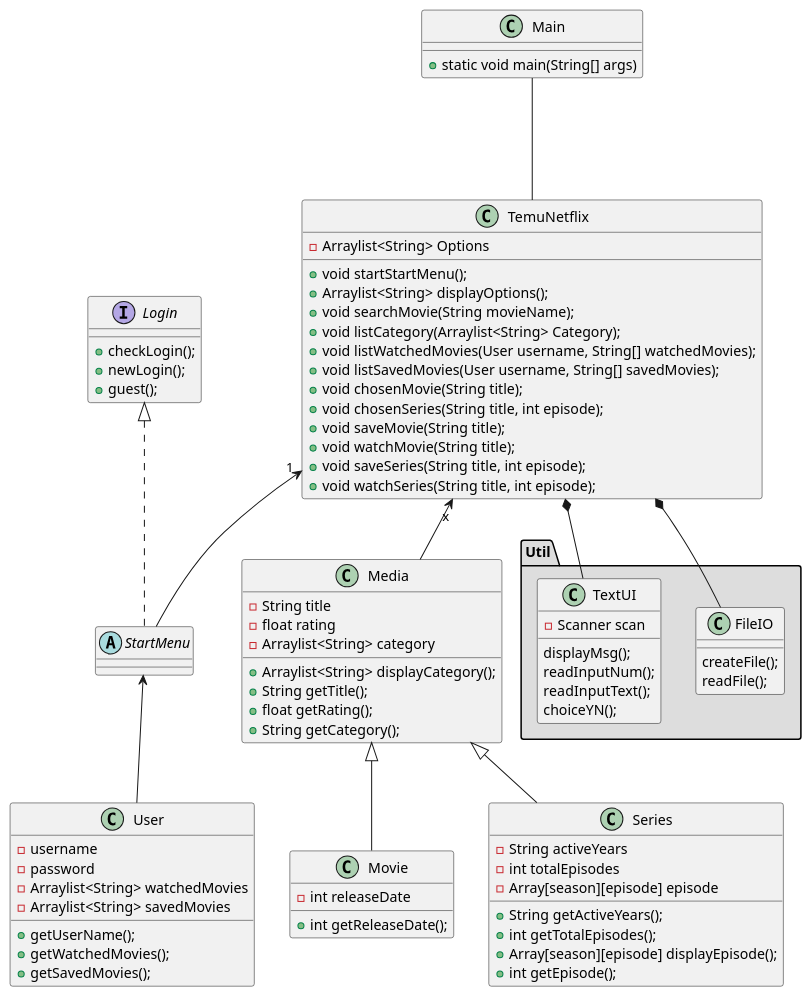
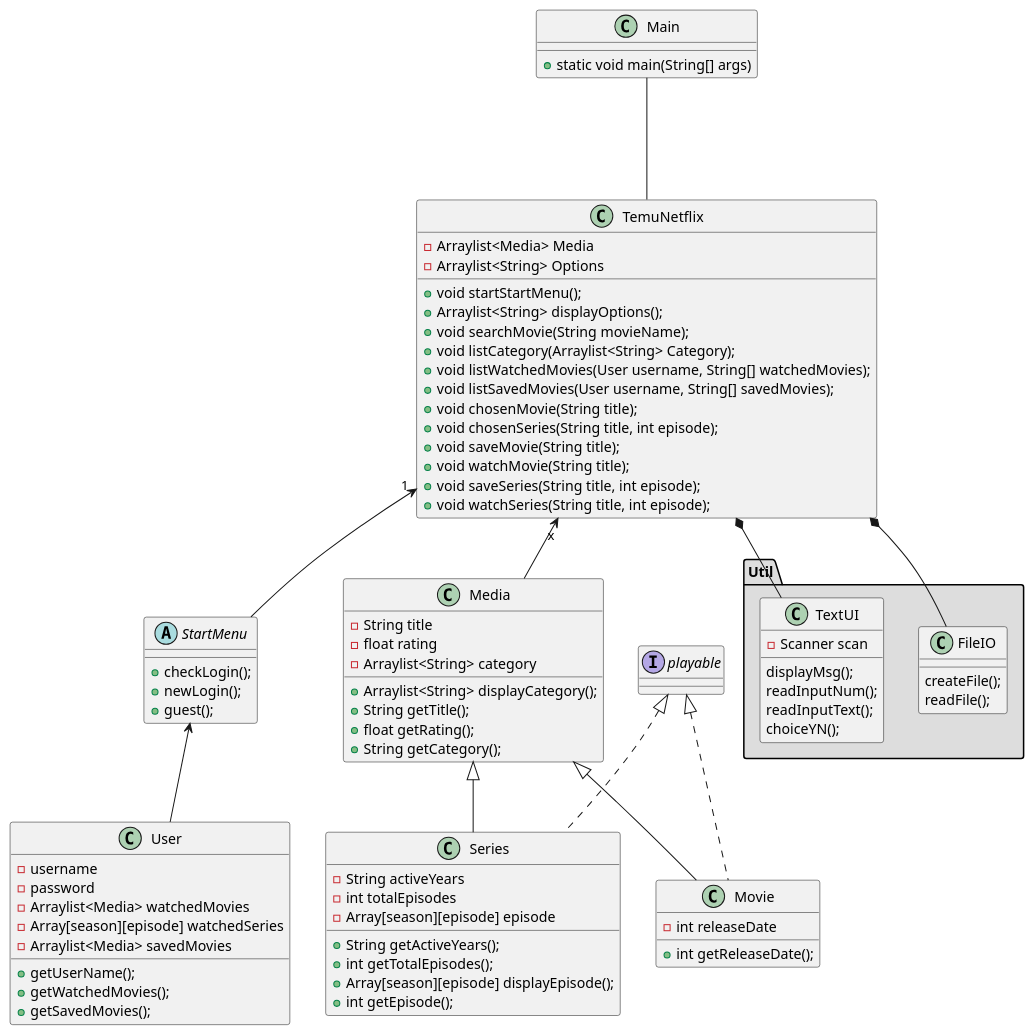
One commit to Peter-kunosu/En-Streaming-Tjeneste changed the diagram in src/Diagrams/ClassDiagram.puml. Above: the diagram before and after it, drawn with PlantUML.

Commit message:
classDiagramUpdate

```diff
--- a/src/Diagrams/ClassDiagram.puml
+++ b/src/Diagrams/ClassDiagram.puml
@@ -1,78 +1,81 @@
 @startuml
 'https://plantuml.com/class-diagram
 
 class Main
 Main : +static void main(String[] args)
 class TemuNetflix
+TemuNetflix : -Arraylist<Media> Media
 TemuNetflix : +void startStartMenu();
 TemuNetflix : -Arraylist<String> Options
 TemuNetflix : +Arraylist<String> displayOptions();
 TemuNetflix : +void searchMovie(String movieName);
 TemuNetflix : +void listCategory(Arraylist<String> Category);
 TemuNetflix : +void listWatchedMovies(User username, String[] watchedMovies);
 TemuNetflix : +void listSavedMovies(User username, String[] savedMovies);
 TemuNetflix : +void chosenMovie(String title);
 TemuNetflix : +void chosenSeries(String title, int episode);
 TemuNetflix : +void saveMovie(String title);
 TemuNetflix : +void watchMovie(String title);
 TemuNetflix : +void saveSeries(String title, int episode);
 TemuNetflix : +void watchSeries(String title, int episode);
 
 
 
-abstract class StartMenu implements Login
+abstract class StartMenu
+StartMenu : +checkLogin();
+StartMenu : +newLogin();
+StartMenu : +guest();
 class Media
 Media : -String title
 Media : -float rating
 Media : -Arraylist<String> category
 Media : +Arraylist<String> displayCategory();
 Media : +String getTitle();
 Media : +float getRating();
 Media : +String getCategory();
 
-class Movie extends Media
+class Movie extends Media implements playable
 Movie : -int releaseDate
 Movie : +int getReleaseDate();
 
-class Series extends Media
+class Series extends Media implements playable
 Series : -String activeYears
 Series : -int totalEpisodes
 Series : -Array[season][episode] episode
 Series : +String getActiveYears();
 Series : +int getTotalEpisodes();
 Series : +Array[season][episode] displayEpisode();
 Series : +int getEpisode();
 
 class User
 User : -username
 User : -password
-User : -Arraylist<String> watchedMovies
-User : -Arraylist<String> savedMovies
+User : -Arraylist<Media> watchedMovies
+'kan være String skal være Media
+User : -Array[season][episode] watchedSeries
+User : -Arraylist<Media> savedMovies
 User : +getUserName();
 User : +getWatchedMovies();
 User : +getSavedMovies();
 
-interface Login
-Login : +checkLogin();
-Login : +newLogin();
-Login : +guest();
+interface playable
 
 package "Util" #DDDDDD{
 class FileIO
 FileIO : createFile();
 FileIO : readFile();
 class TextUI
 TextUI : -Scanner scan
 TextUI : displayMsg();
 TextUI : readInputNum();
 TextUI : readInputText();
 TextUI : choiceYN();
 }
 Main --- TemuNetflix
 TemuNetflix "1"<-- StartMenu
 TemuNetflix "x"<-- Media
 StartMenu <-- User
 TemuNetflix *-- TextUI
 TemuNetflix *-- FileIO
 
 @enduml
```
